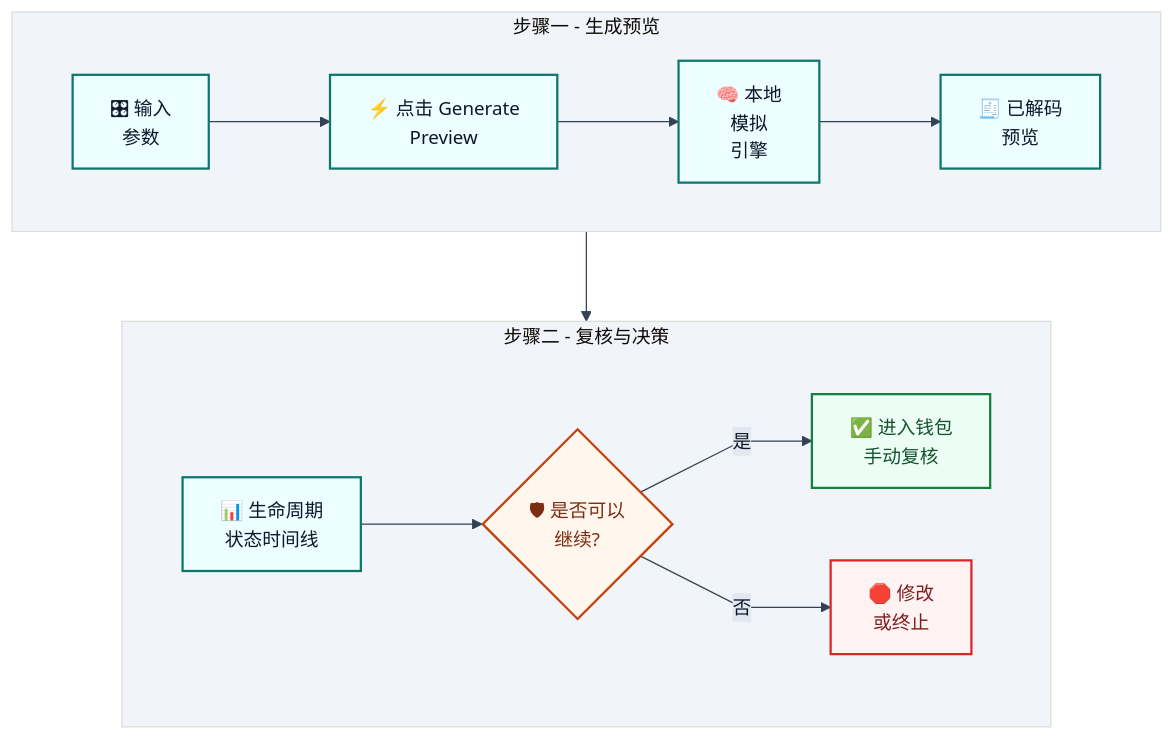
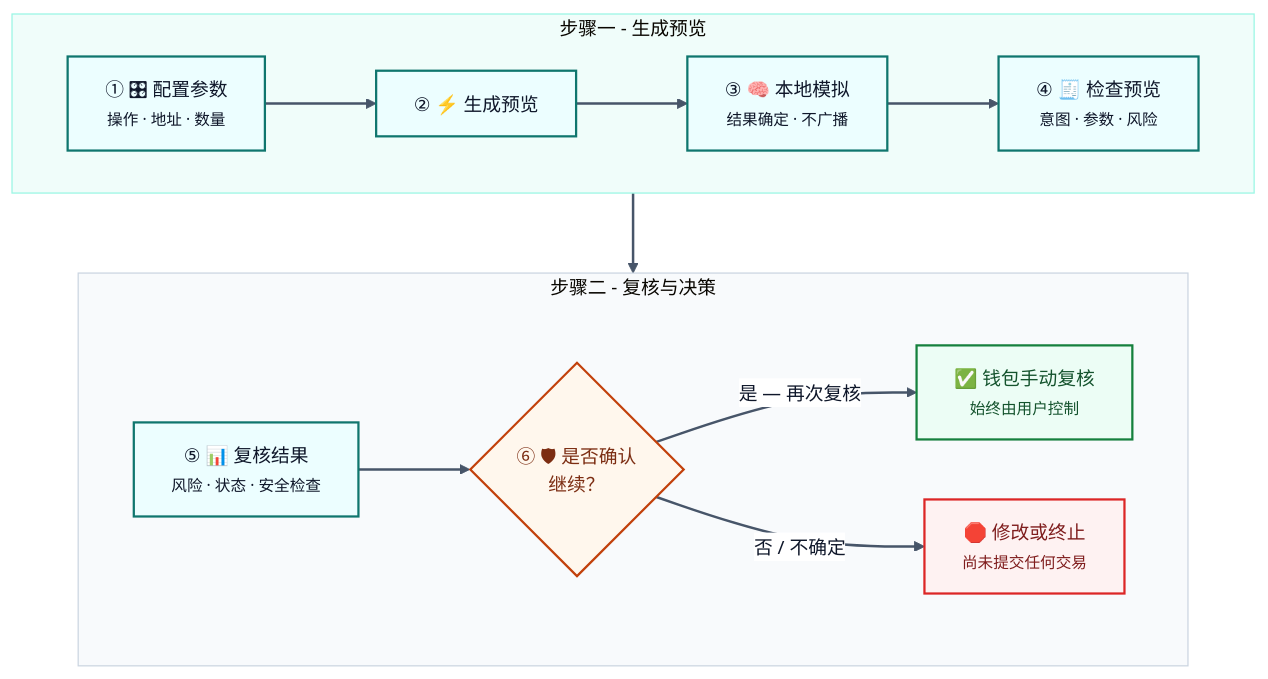
Before and after one commit to sunshineluyao/Moss-Mcp-Transaction: the fifth of 8 diagrams in README.md, drawn with Mermaid. The commit also changed other lines of this file, not shown here.

Commit message:
docs: improve Mermaid chart clarity and styling

````diff
--- a/README.md
+++ b/README.md
@@ -528,29 +542,32 @@
 ```mermaid
-%%{init: {'theme':'base','flowchart': {'htmlLabels': true, 'nodeSpacing': 58, 'rankSpacing': 72, 'curve': 'linear'},'themeVariables': {'fontFamily':'Trebuchet MS, Segoe UI, sans-serif','fontSize':'15px','primaryColor':'#eef6ff','primaryBorderColor':'#3b82f6','primaryTextColor':'#0f172a','lineColor':'#334155','secondaryColor':'#f8fafc','tertiaryColor':'#f1f5f9','edgeLabelBackground':'#e2e8f0'}}}%%
+%%{init: {'theme':'base','flowchart': {'htmlLabels': true, 'nodeSpacing': 48, 'rankSpacing': 64, 'curve': 'basis'},'themeVariables': {'fontFamily':'Inter, Segoe UI, sans-serif','fontSize':'15px','primaryTextColor':'#0f172a','lineColor':'#475569','clusterBkg':'#f8fafc','clusterBorder':'#cbd5e1','edgeLabelBackground':'#ffffff'}}}%%
 flowchart TB
   subgraph R1[步骤一 - 生成预览]
     direction LR
-    A["🎛 输入<br/>参数"] --> B["⚡ 点击 Generate<br/>Preview"]
-    B --> C["🧠 本地<br/>模拟<br/>引擎"]
-    C --> D["🧾 已解码<br/>预览"]
+    A["① 🎛 配置参数<br/><small>操作 · 地址 · 数量</small>"] --> B["② ⚡ 生成预览"]
+    B --> C["③ 🧠 本地模拟<br/><small>结果确定 · 不广播</small>"]
+    C --> D["④ 🧾 检查预览<br/><small>意图 · 参数 · 风险</small>"]
   end
 
   subgraph R2[步骤二 - 复核与决策]
     direction LR
-    E["📊 生命周期<br/>状态时间线"] --> F{"🛡 是否可以<br/>继续?"}
-    F -->|是| G["✅ 进入钱包<br/>手动复核"]
-    F -->|否| H["🛑 修改<br/>或终止"]
+    E["⑤ 📊 复核结果<br/><small>风险 · 状态 · 安全检查</small>"] --> F{"⑥ 🛡 是否确认<br/>继续？"}
+    F -->|是 — 再次复核| G["✅ 钱包手动复核<br/><small>始终由用户控制</small>"]
+    F -->|否 / 不确定| H["🛑 修改或终止<br/><small>尚未提交任何交易</small>"]
   end
 
   D --> E
 
   classDef main fill:#ecfeff,stroke:#0f766e,stroke-width:1.8px,color:#0f172a;
   classDef decision fill:#fff7ed,stroke:#c2410c,stroke-width:1.8px,color:#7c2d12;
   classDef success fill:#ecfdf5,stroke:#15803d,stroke-width:1.8px,color:#14532d;
   classDef stop fill:#fef2f2,stroke:#dc2626,stroke-width:1.8px,color:#7f1d1d;
 
   class A,B,C,D,E main;
   class F decision;
   class G success;
   class H stop;
+  style R1 fill:#f0fdfa,stroke:#99f6e4,stroke-width:1px
+  style R2 fill:#f8fafc,stroke:#cbd5e1,stroke-width:1px
+  linkStyle default stroke:#475569,stroke-width:2px;
 ```
````
